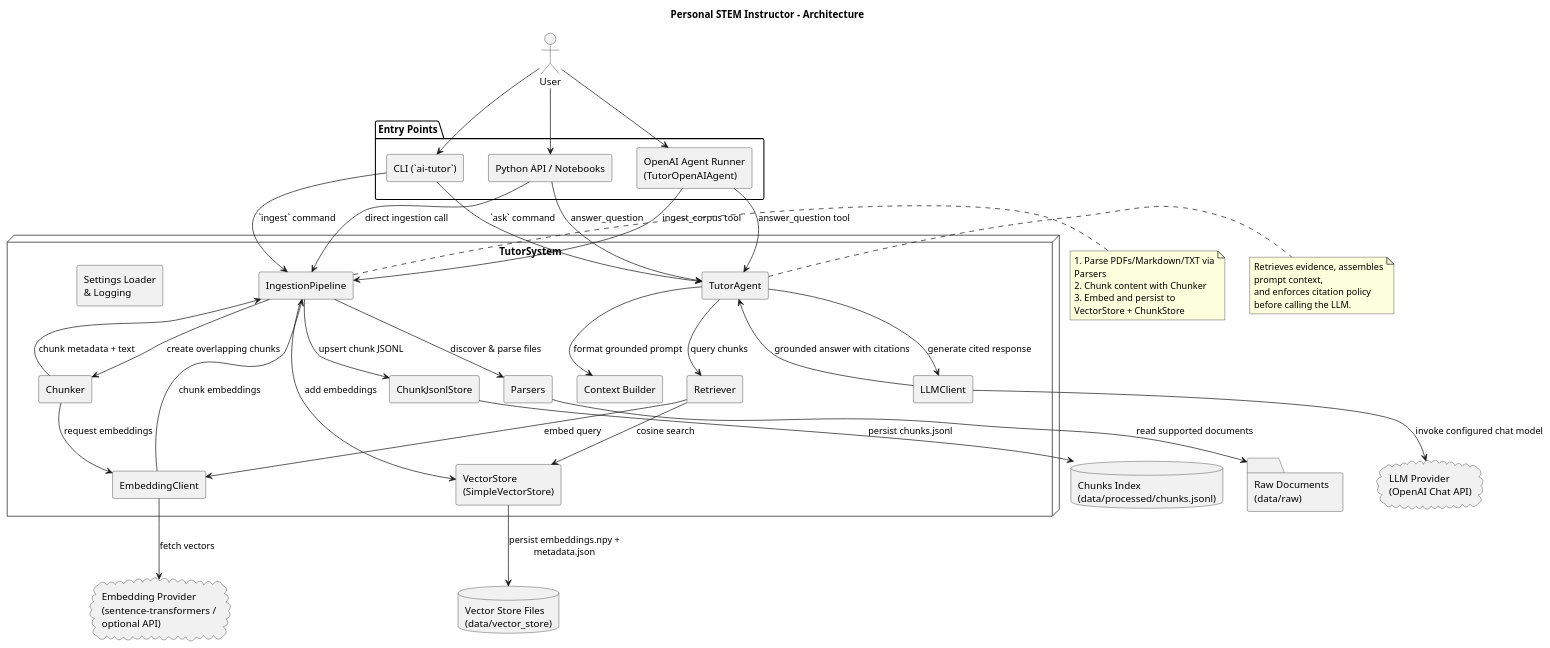
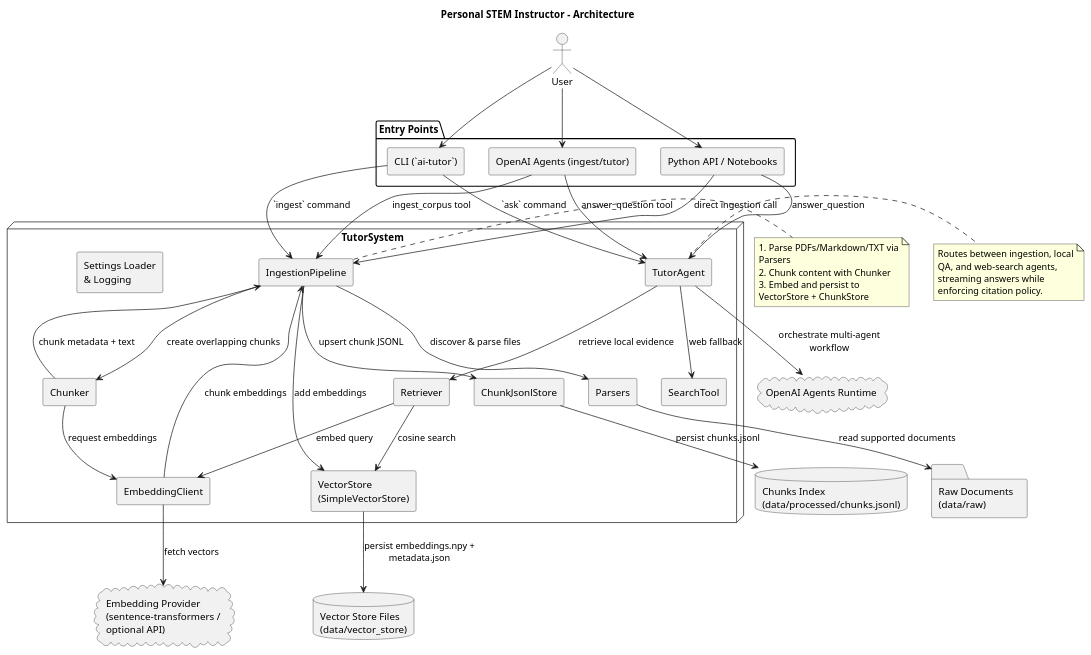
Before and after one commit to HenryNVP/ai-tutor: the diagram in docs/architecture.puml, drawn with PlantUML. The commit also changed 11 other files, not shown here.

```diff
--- a/docs/architecture.puml
+++ b/docs/architecture.puml
@@ -1,77 +1,74 @@
 @startuml
 skinparam componentStyle rectangle
 skinparam wrapWidth 200
 skinparam maxMessageSize 200
 title Personal STEM Instructor – Architecture
 
 actor User
 
 package "Entry Points" {
   component "CLI (`ai-tutor`)" as CLI
-  component "OpenAI Agent Runner\n(TutorOpenAIAgent)" as AgentRunner
+  component "OpenAI Agents (ingest/tutor)" as AgentRunner
   component "Python API / Notebooks" as PythonAPI
 }
 
 node "TutorSystem" as TutorSystem {
   component "Settings Loader\n& Logging" as Settings
   component "IngestionPipeline" as Ingestion
   component "TutorAgent" as TutorAgent
   component "Retriever" as Retriever
-  component "Context Builder" as ContextBuilder
   component "EmbeddingClient" as EmbeddingClient
-  component "LLMClient" as LLMClient
+  component "SearchTool" as SearchTool
   component "VectorStore\n(SimpleVectorStore)" as VectorStore
   component "ChunkJsonlStore" as ChunkStore
   component "Parsers" as Parsers
   component "Chunker" as Chunker
 }
 
 database "Vector Store Files\n(data/vector_store)" as VectorFS
 database "Chunks Index\n(data/processed/chunks.jsonl)" as ChunkFS
 folder "Raw Documents\n(data/raw)" as RawDocs
-cloud "LLM Provider\n(OpenAI Chat API)" as LLMProvider
+cloud "OpenAI Agents Runtime" as OpenAIAgents
 cloud "Embedding Provider\n(sentence-transformers / optional API)" as EmbeddingProvider
 
 User --> CLI
 User --> AgentRunner
 User --> PythonAPI
 
 CLI --> Ingestion : `ingest` command
 CLI --> TutorAgent : `ask` command
 AgentRunner --> Ingestion : ingest_corpus tool
 AgentRunner --> TutorAgent : answer_question tool
 PythonAPI --> Ingestion : direct ingestion call
 PythonAPI --> TutorAgent : answer_question
 
 Ingestion --> Parsers : discover & parse files
 Parsers --> RawDocs : read supported documents
 Ingestion --> Chunker : create overlapping chunks
 Chunker --> Ingestion : chunk metadata + text
 Chunker --> EmbeddingClient : request embeddings
 EmbeddingClient --> EmbeddingProvider : fetch vectors
 EmbeddingClient --> Ingestion : chunk embeddings
 Ingestion --> VectorStore : add embeddings
 VectorStore --> VectorFS : persist embeddings.npy + metadata.json
 Ingestion --> ChunkStore : upsert chunk JSONL
 ChunkStore --> ChunkFS : persist chunks.jsonl
 
-TutorAgent --> Retriever : query chunks
+TutorAgent --> Retriever : retrieve local evidence
 Retriever --> EmbeddingClient : embed query
 Retriever --> VectorStore : cosine search
-TutorAgent --> ContextBuilder : format grounded prompt
-TutorAgent --> LLMClient : generate cited response
-LLMClient --> LLMProvider : invoke configured chat model
-LLMClient --> TutorAgent : grounded answer with citations
+TutorAgent --> SearchTool : web fallback
+TutorAgent --> OpenAIAgents : orchestrate multi-agent workflow
 
 note right of Ingestion
   1. Parse PDFs/Markdown/TXT via Parsers
   2. Chunk content with Chunker
   3. Embed and persist to VectorStore + ChunkStore
 end note
 
 note right of TutorAgent
-  Retrieves evidence, assembles prompt context,
-  and enforces citation policy before calling the LLM.
+  Routes between ingestion, local QA, and web-search agents,
+  streaming answers while enforcing citation policy.
 end note
 
 @enduml
```
